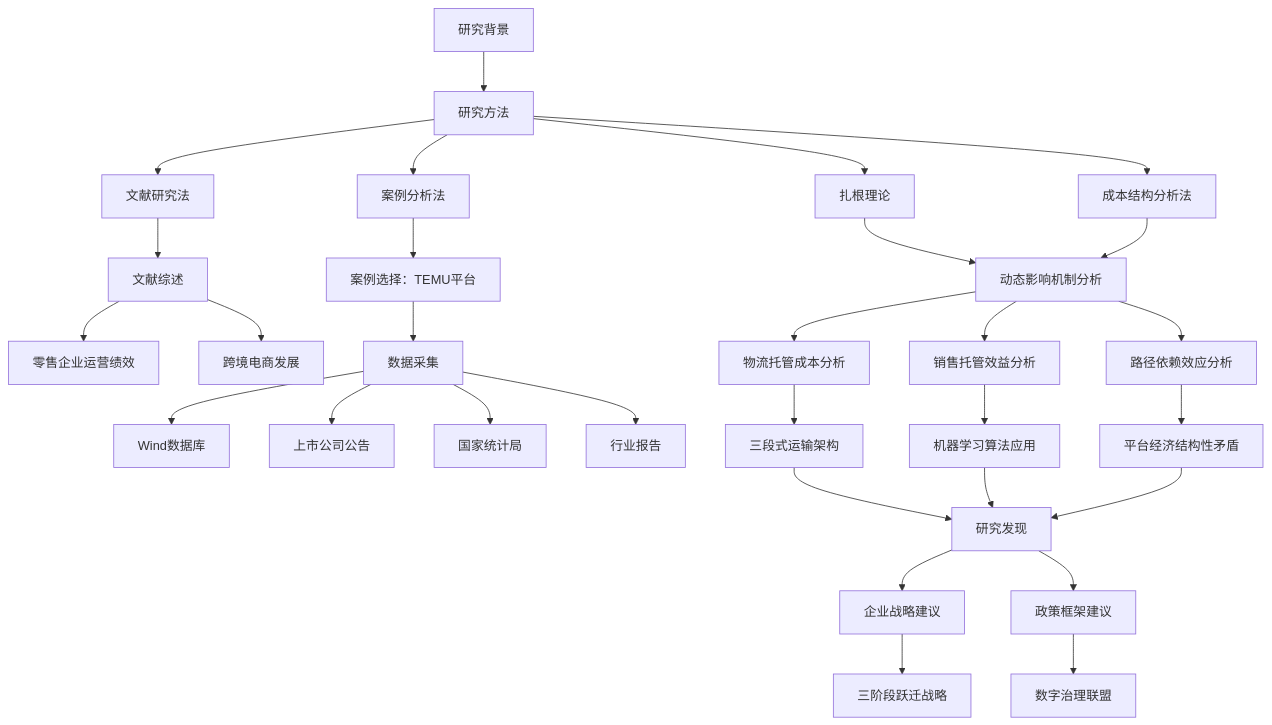
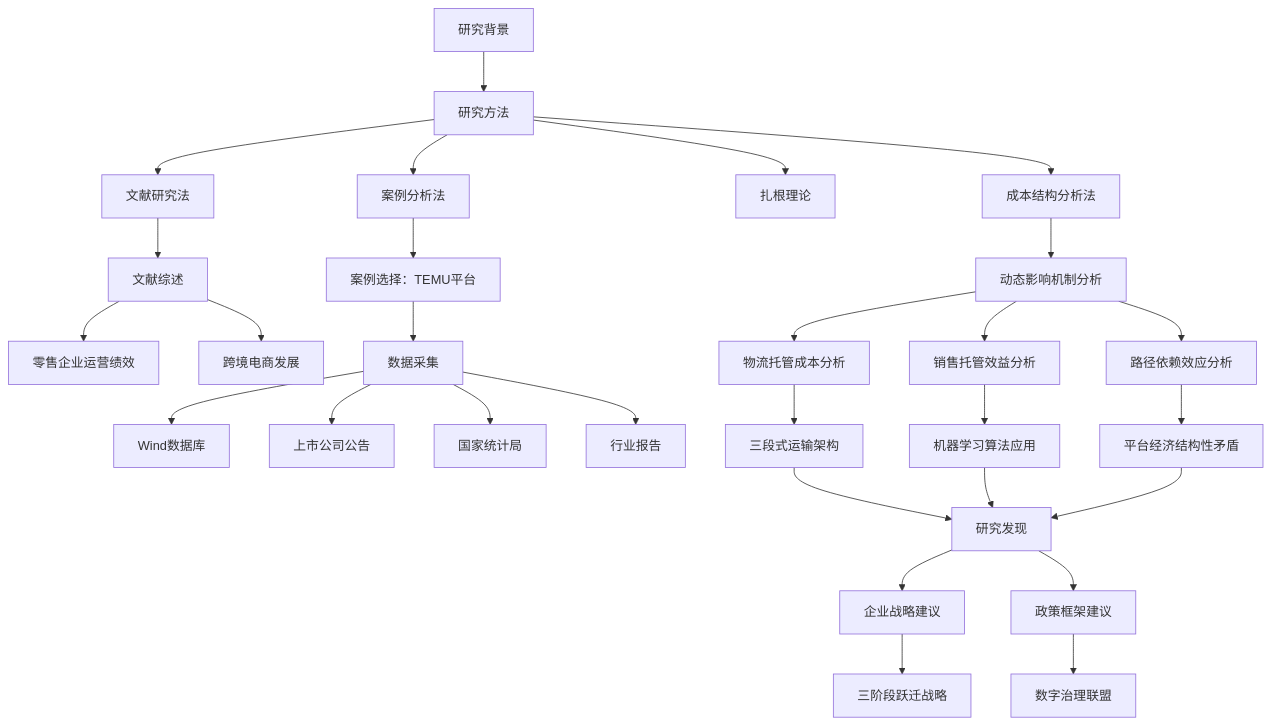
Before and after one commit to Zora0203/iodraw-files: the diagram in all/未命名.md, drawn with Mermaid.

Commit message:
2025-03-02 19:26:51 update

````diff
--- a/all/未命名.md
+++ b/all/未命名.md
@@ -1,39 +1,39 @@
 ```mermaid
 graph TD
     A[研究背景] --> B[研究方法]
     B --> B1[文献研究法]
     B --> B2[案例分析法]
         B --> B3[扎根理论]
     B --> B4[成本结构分析法]
 
     
     B1 --> C[文献综述]
     C --> C1[零售企业运营绩效]
     C --> C2[跨境电商发展]
 
     
     B2 --> D[案例选择：TEMU平台]
     D --> D1[数据采集]
     D1 --> D11[Wind数据库]
     D1 --> D12[上市公司公告]
     D1 --> D13[国家统计局]
     D1 --> D14[行业报告]
     
-    B3 & B4 --> E[动态影响机制分析]
+    B4 --> E[动态影响机制分析]
     E --> E1[物流托管成本分析]
     E --> E2[销售托管效益分析]
     E --> E3[路径依赖效应分析]
     
     E1 --> F[三段式运输架构]
     E2 --> G[机器学习算法应用]
     E3 --> H[平台经济结构性矛盾]
     
     F & G & H --> I[研究发现]
     I --> J[企业战略建议]
     I --> K[政策框架建议]
     
     J --> J1[三阶段跃迁战略]
     K --> K1[数字治理联盟]
     
 
 ```
````
